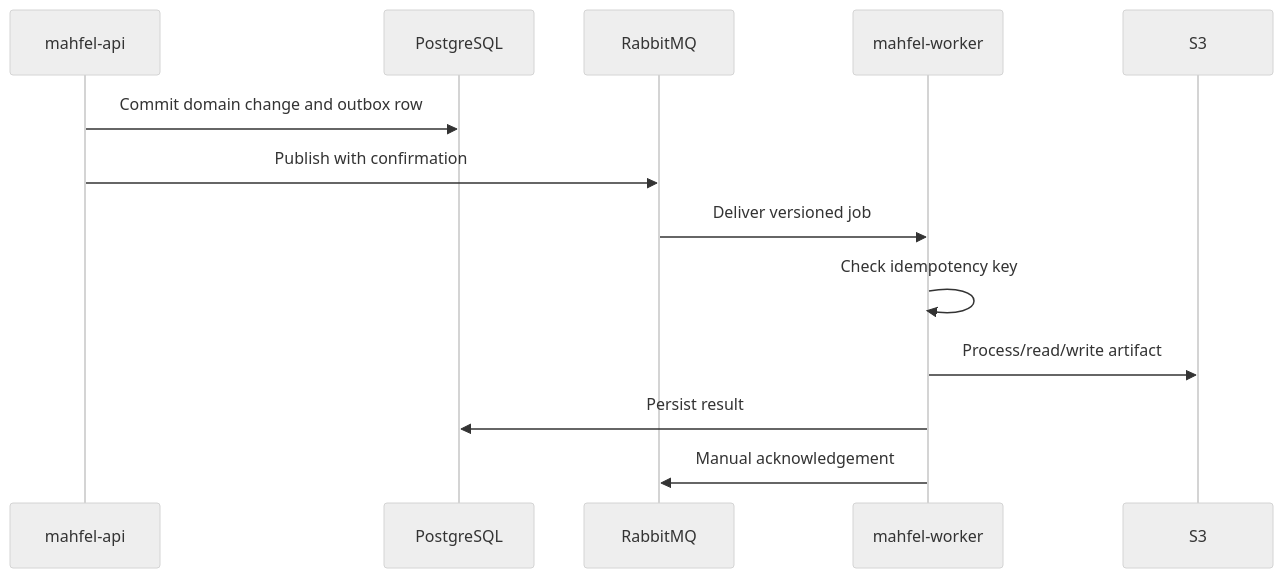
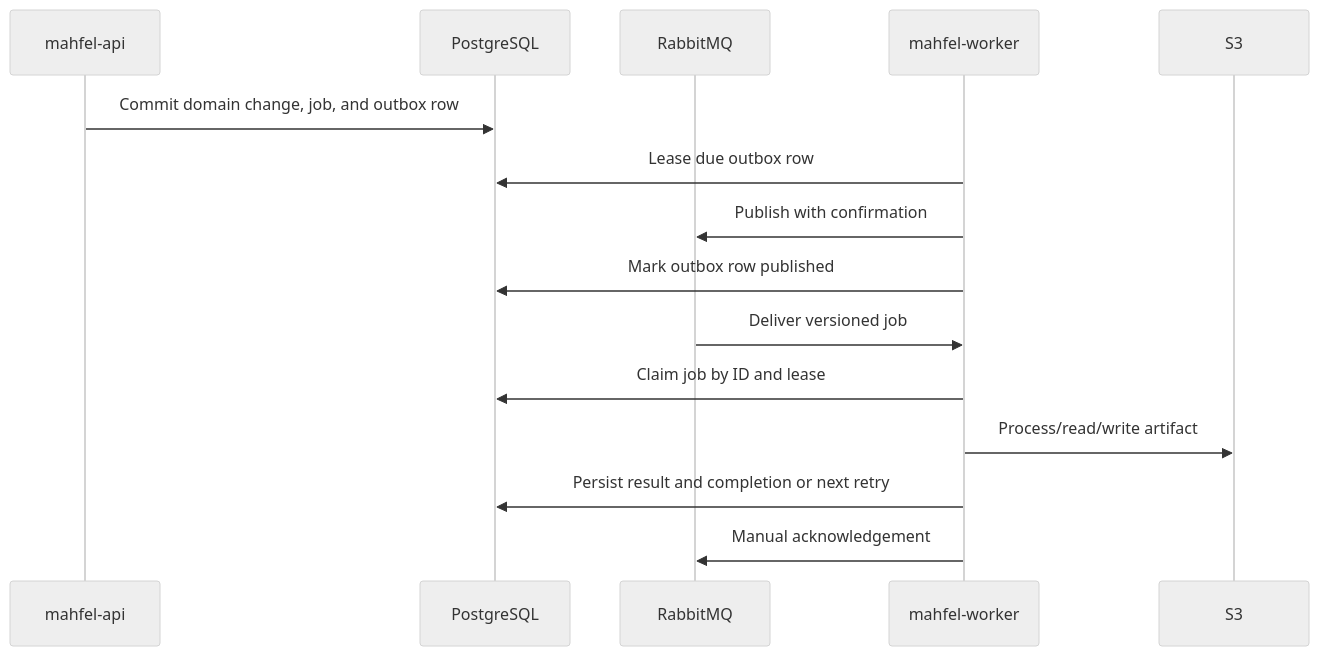
Before and after one commit to mhyrzt/mahfel: diagram 11 of 11 in docs/architecture/data-flow.md, drawn with Mermaid (neutral theme). The commit also changed other lines of this file and 11 other files, not shown here.

````diff
--- a/docs/architecture/data-flow.md
+++ b/docs/architecture/data-flow.md
@@ -250,15 +250,17 @@
 ```mermaid
 sequenceDiagram
   participant A as mahfel-api
   participant P as PostgreSQL
   participant Q as RabbitMQ
   participant W as mahfel-worker
   participant S as S3
-  A->>P: Commit domain change and outbox row
-  A->>Q: Publish with confirmation
+  A->>P: Commit domain change, job, and outbox row
+  W->>P: Lease due outbox row
+  W->>Q: Publish with confirmation
+  W->>P: Mark outbox row published
   Q->>W: Deliver versioned job
-  W->>W: Check idempotency key
+  W->>P: Claim job by ID and lease
   W->>S: Process/read/write artifact
-  W->>P: Persist result
+  W->>P: Persist result and completion or next retry
   W->>Q: Manual acknowledgement
 ```
````
